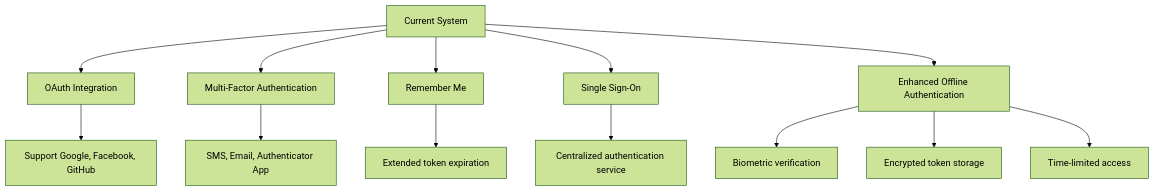
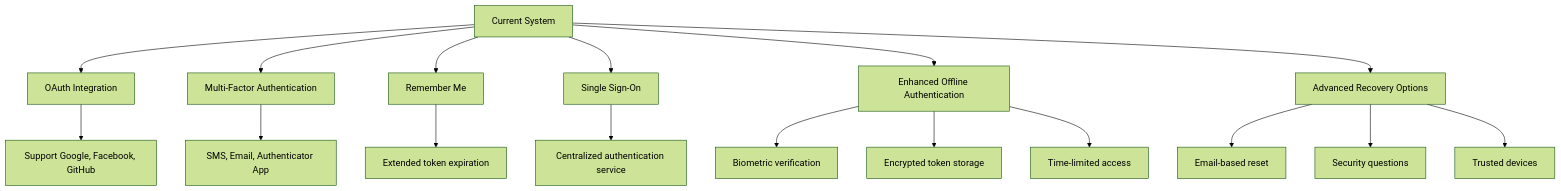
The seventh of 7 diagrams in .qoder/repowiki/en/content/Feature-Specific Documentation/Authentication System.md (amiirbazzii/Expense-Tracker---Warp), drawn with Mermaid (forest theme) before and after one commit. The commit also changed other lines of this file and 15 other files, not shown here.

````diff
--- a/.qoder/repowiki/en/content/Feature-Specific Documentation/Authentication System.md
+++ b/.qoder/repowiki/en/content/Feature-Specific Documentation/Authentication System.md
@@ -767,15 +1113,19 @@
 ```mermaid
 flowchart TD
 A["Current System"] --> B["OAuth Integration"]
 A --> C["Multi-Factor Authentication"]
 A --> D["Remember Me"]
 A --> E["Single Sign-On"]
 A --> F["Enhanced Offline Authentication"]
-B --> G["Support Google, Facebook, GitHub"]
-C --> H["SMS, Email, Authenticator App"]
-D --> I["Extended token expiration"]
-E --> J["Centralized authentication service"]
-F --> K["Biometric verification"]
-F --> L["Encrypted token storage"]
-F --> M["Time-limited access"]
+A --> G["Advanced Recovery Options"]
+B --> H["Support Google, Facebook, GitHub"]
+C --> I["SMS, Email, Authenticator App"]
+D --> J["Extended token expiration"]
+E --> K["Centralized authentication service"]
+F --> L["Biometric verification"]
+F --> M["Encrypted token storage"]
+F --> N["Time-limited access"]
+G --> O["Email-based reset"]
+G --> P["Security questions"]
+G --> Q["Trusted devices"]
 ```
````
